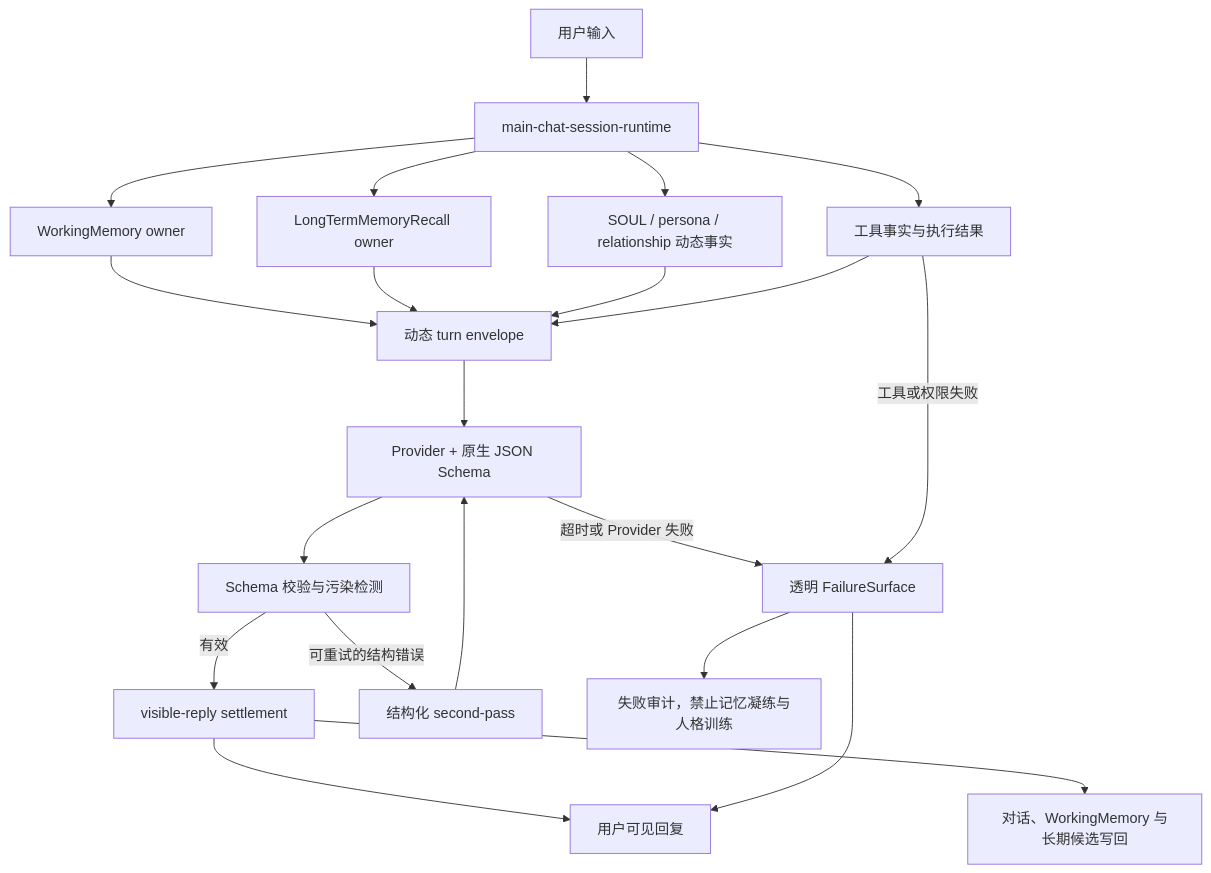
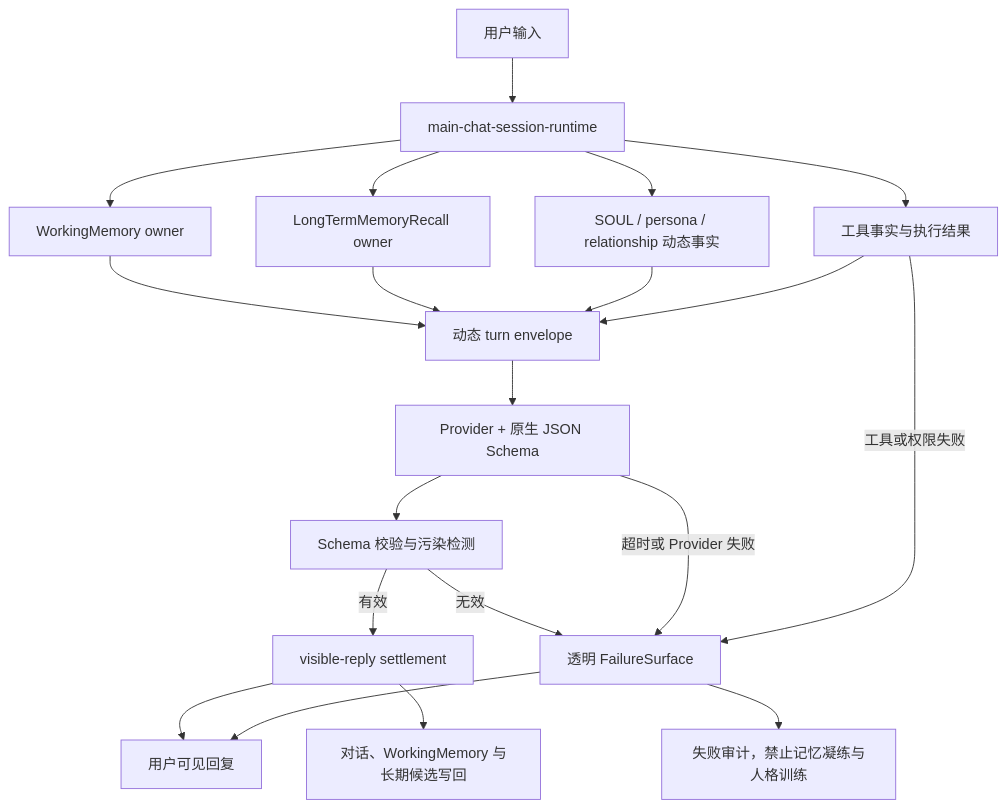
One commit to TouHouQing/alicization changed the diagram in docs/superpowers/specs/2026-07-13-alicization-single-memory-dialogue-mainline-design.md. Above: the diagram before and after it, drawn with Mermaid. The commit also changed other lines of this file and 60 other files, not shown here.

````diff
--- a/docs/superpowers/specs/2026-07-13-alicization-single-memory-dialogue-mainline-design.md
+++ b/docs/superpowers/specs/2026-07-13-alicization-single-memory-dialogue-mainline-design.md
@@ -82,23 +82,22 @@
 ```mermaid
 flowchart TD
   User["用户输入"] --> Session["main-chat-session-runtime"]
   Session --> WM["WorkingMemory owner"]
   Session --> Recall["LongTermMemoryRecall owner"]
   Session --> Identity["SOUL / persona / relationship 动态事实"]
   Session --> Tools["工具事实与执行结果"]
   WM --> Envelope["动态 turn envelope"]
   Recall --> Envelope
   Identity --> Envelope
   Tools --> Envelope
   Envelope --> Provider["Provider + 原生 JSON Schema"]
   Provider --> Validate["Schema 校验与污染检测"]
   Validate -->|有效| Settle["visible-reply settlement"]
-  Validate -->|可重试的结构错误| SecondPass["结构化 second-pass"]
-  SecondPass --> Provider
+  Validate -->|无效| Failure
   Settle --> Visible["用户可见回复"]
   Settle --> WriteBack["对话、WorkingMemory 与长期候选写回"]
   Provider -->|超时或 Provider 失败| Failure["透明 FailureSurface"]
   Tools -->|工具或权限失败| Failure
   Failure --> Visible
   Failure --> Audit["失败审计，禁止记忆凝练与人格训练"]
 ```
````
